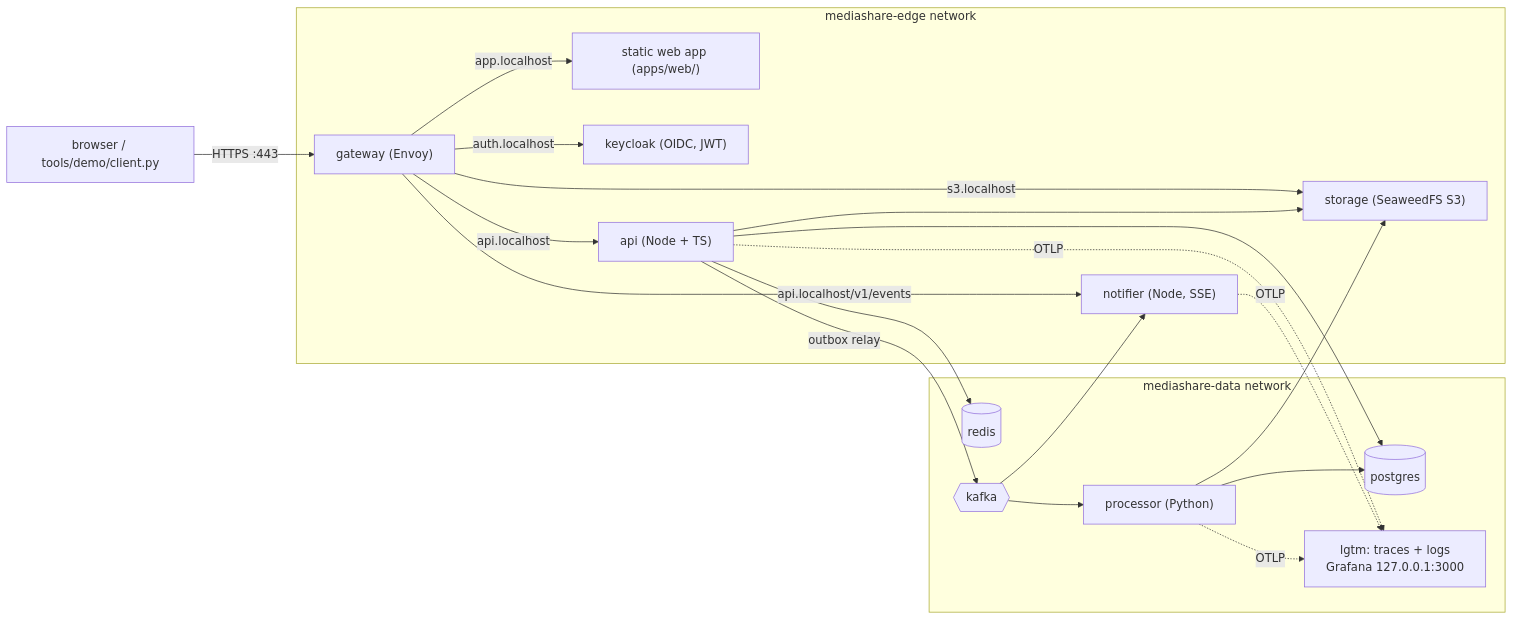
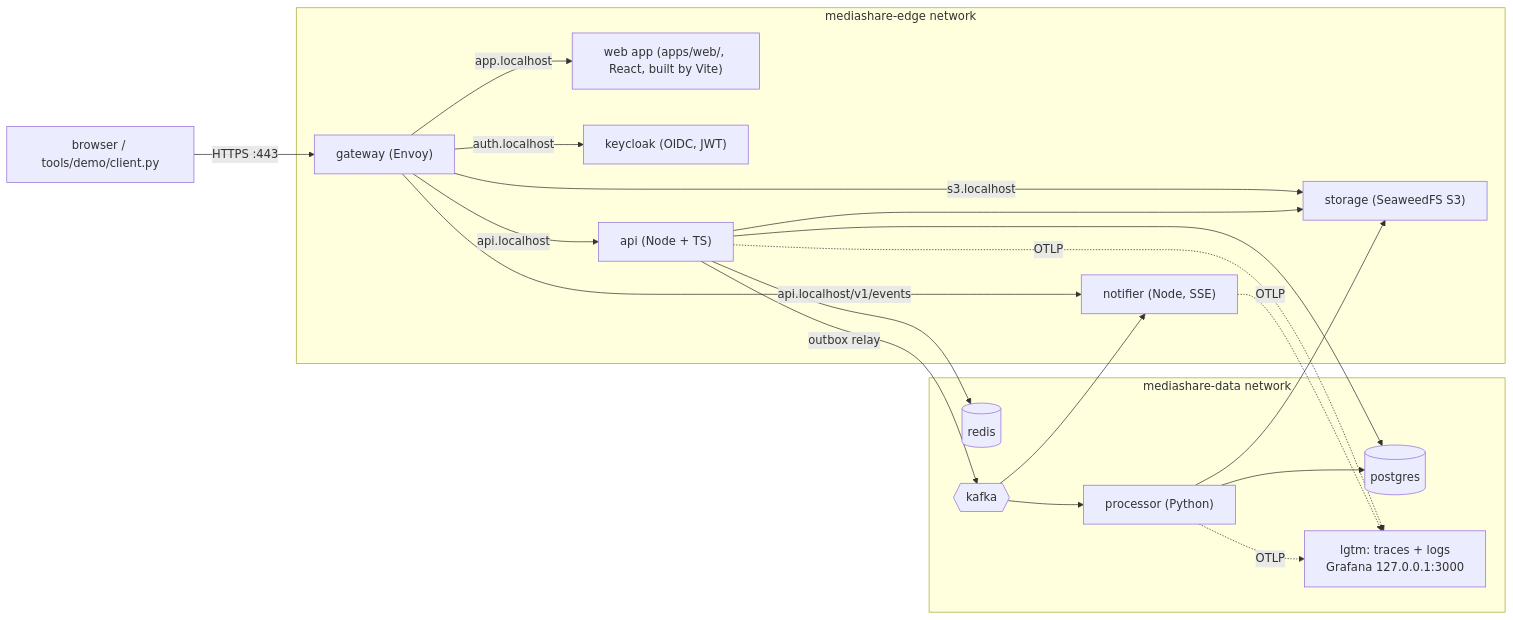
Before and after one commit to taraskhvyl/distributed-systems: the first of 4 diagrams in docs/ARCHITECTURE.md, drawn with Mermaid. The commit also changed other lines of this file and 70 other files, not shown here.

First line of the commit message:
feat(web): React + TS + Tailwind/shadcn rewrite, Instagram layout

````diff
--- a/docs/ARCHITECTURE.md
+++ b/docs/ARCHITECTURE.md
@@ -8,38 +8,38 @@
 ```mermaid
 flowchart LR
   browser["browser / tools/demo/client.py"] -- "HTTPS :443" --> gateway
 
   subgraph edge["mediashare-edge network"]
     gateway["gateway (Envoy)"]
-    web["static web app (apps/web/)"]
+    web["web app (apps/web/, React, built by Vite)"]
     keycloak["keycloak (OIDC, JWT)"]
     api["api (Node + TS)"]
     notifier["notifier (Node, SSE)"]
     storage["storage (SeaweedFS S3)"]
     gateway -- "app.localhost" --> web
     gateway -- "auth.localhost" --> keycloak
     gateway -- "api.localhost" --> api
     gateway -- "api.localhost/v1/events" --> notifier
     gateway -- "s3.localhost" --> storage
   end
 
   subgraph data["mediashare-data network"]
     postgres[(postgres)]
     redis[(redis)]
     kafka{{kafka}}
     processor["processor (Python)"]
     lgtm["lgtm: traces + logs<br/>Grafana 127.0.0.1:3000"]
   end
 
   api --> postgres
   api --> redis
   api -- "outbox relay" --> kafka
   kafka --> processor
   kafka --> notifier
   processor --> postgres
   processor --> storage
   api --> storage
   api -. OTLP .-> lgtm
   notifier -. OTLP .-> lgtm
   processor -. OTLP .-> lgtm
 ```
````
